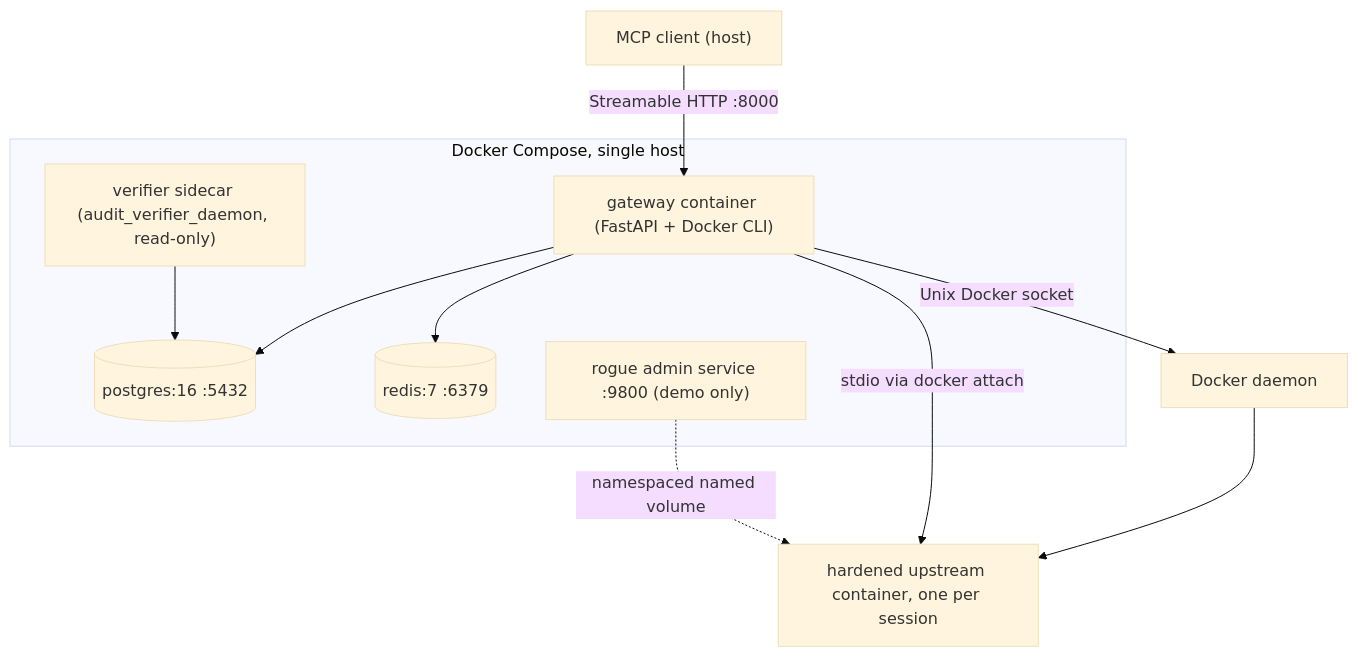
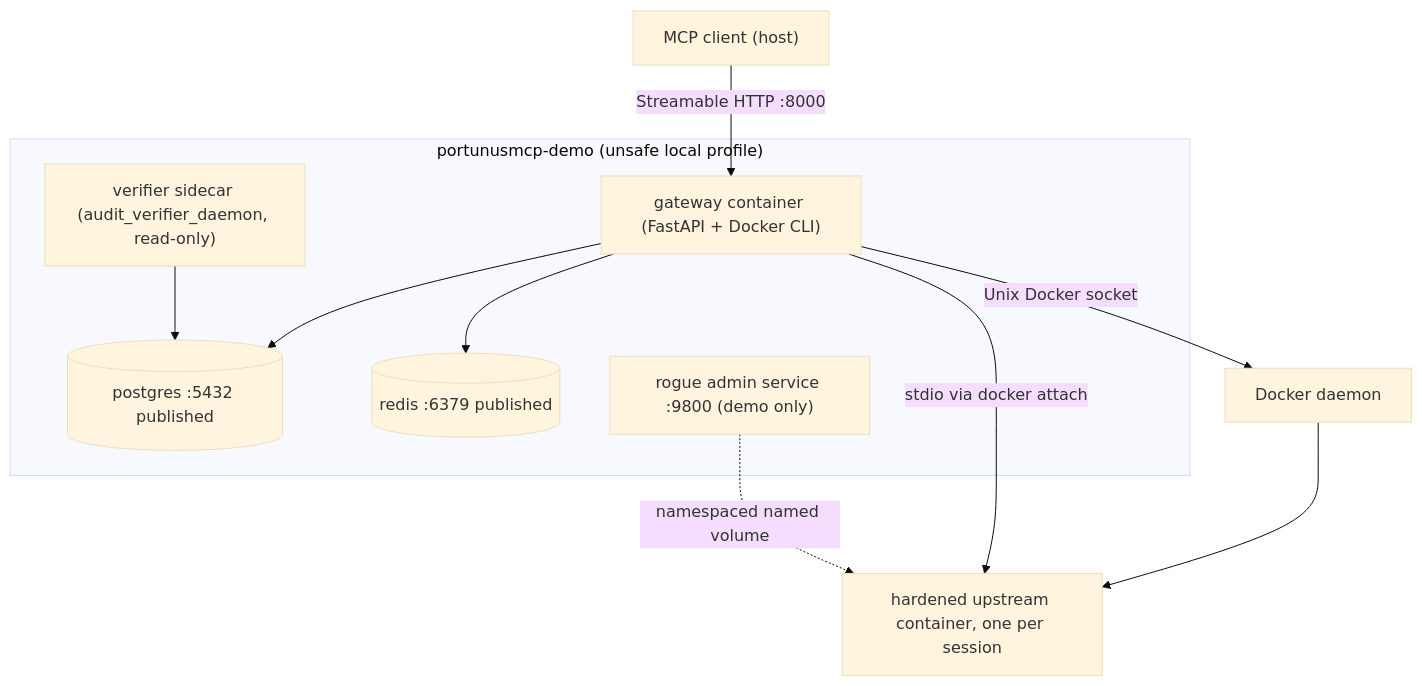
Before and after one commit to BashaarJavaid/PortunusMCP: the third of 5 diagrams in ARCHITECTURE.md, drawn with Mermaid (base theme). The commit also changed other lines of this file and 24 other files, not shown here.

````diff
--- a/ARCHITECTURE.md
+++ b/ARCHITECTURE.md
@@ -167,20 +167,20 @@
 ```mermaid
 graph TD
     C["MCP client (host)"] -->|"Streamable HTTP :8000"| G
 
-    subgraph Compose["Docker Compose, single host"]
+    subgraph Demo["portunusmcp-demo (unsafe local profile)"]
         G["gateway container (FastAPI + Docker CLI)"]
-        PG[("postgres:16  :5432")]
-        R[("redis:7  :6379")]
+        PG[("postgres :5432 published")]
+        R[("redis :6379 published")]
         V["verifier sidecar (audit_verifier_daemon, read-only)"]
         RG["rogue admin service :9800 (demo only)"]
     end
 
     G -->|"Unix Docker socket"| D["Docker daemon"]
     D --> U["hardened upstream container, one per session"]
     G -->|"stdio via docker attach"| U
     G --> PG
     G --> R
     V --> PG
     RG -.->|"namespaced named volume"| U
 ```
````
